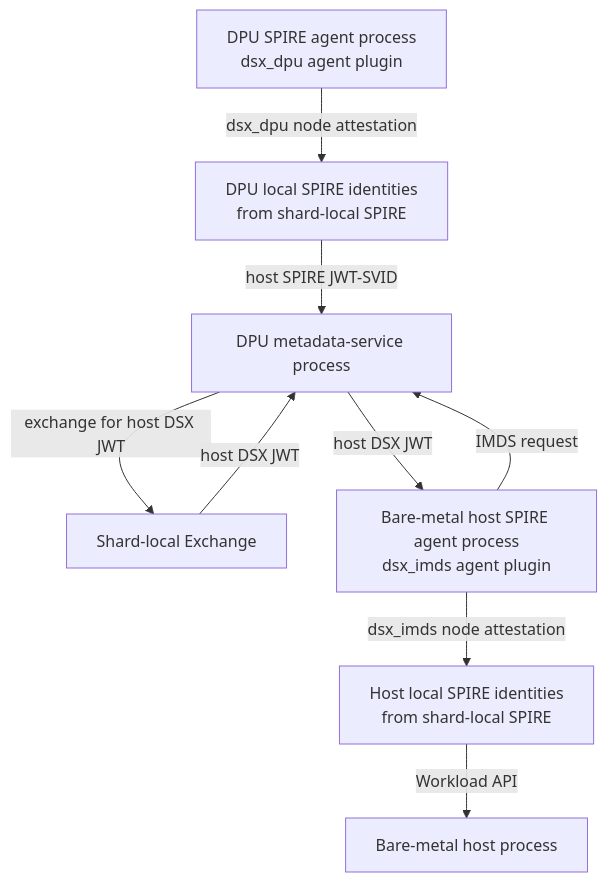
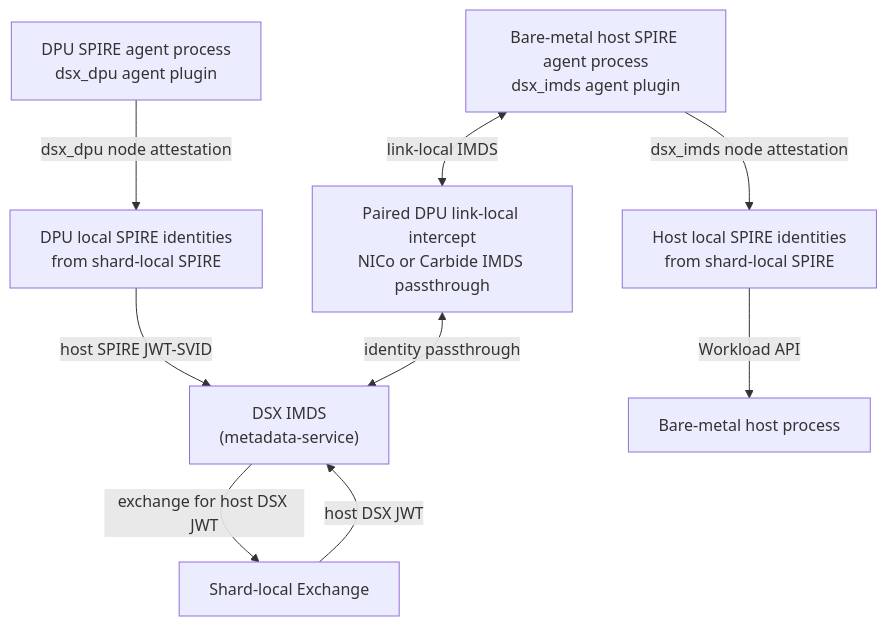
One commit to dsx-ai-factory/nvidia-workload-identity changed the fourth of 10 diagrams in README.md. Above: the diagram before and after it, drawn with Mermaid. The commit also changed other lines of this file and 93 other files, not shown here.

````diff
--- a/README.md
+++ b/README.md
@@ -81,19 +295,20 @@
 ```mermaid
 flowchart TB
   DPUIdentities["DPU local SPIRE identities<br/>from shard-local SPIRE"]
   HostIdentities["Host local SPIRE identities<br/>from shard-local SPIRE"]
   Exchange["Shard-local Exchange"]
   DPUAgent["DPU SPIRE agent process<br/>dsx_dpu agent plugin"]
-  DPUMetadata["DPU metadata-service process"]
+  NICoIMDS["Paired DPU link-local intercept<br/>NICo or Carbide IMDS passthrough"]
+  DSXIMDS["DSX IMDS<br/>(metadata-service)"]
   HostAgent["Bare-metal host SPIRE agent process<br/>dsx_imds agent plugin"]
   HostProcess["Bare-metal host process"]
 
   DPUAgent -->|"dsx_dpu node attestation"| DPUIdentities
-  DPUIdentities -->|"host SPIRE JWT-SVID"| DPUMetadata
-  DPUMetadata -->|"exchange for host DSX JWT"| Exchange
-  Exchange -->|"host DSX JWT"| DPUMetadata
-  HostAgent -->|"IMDS request"| DPUMetadata
-  DPUMetadata -->|"host DSX JWT"| HostAgent
+  DPUIdentities -->|"host SPIRE JWT-SVID"| DSXIMDS
+  DSXIMDS -->|"exchange for host DSX JWT"| Exchange
+  Exchange -->|"host DSX JWT"| DSXIMDS
+  HostAgent <-->|"link-local IMDS"| NICoIMDS
+  NICoIMDS <-->|"identity passthrough"| DSXIMDS
   HostAgent -->|"dsx_imds node attestation"| HostIdentities
   HostIdentities -->|"Workload API"| HostProcess
 ```
````
